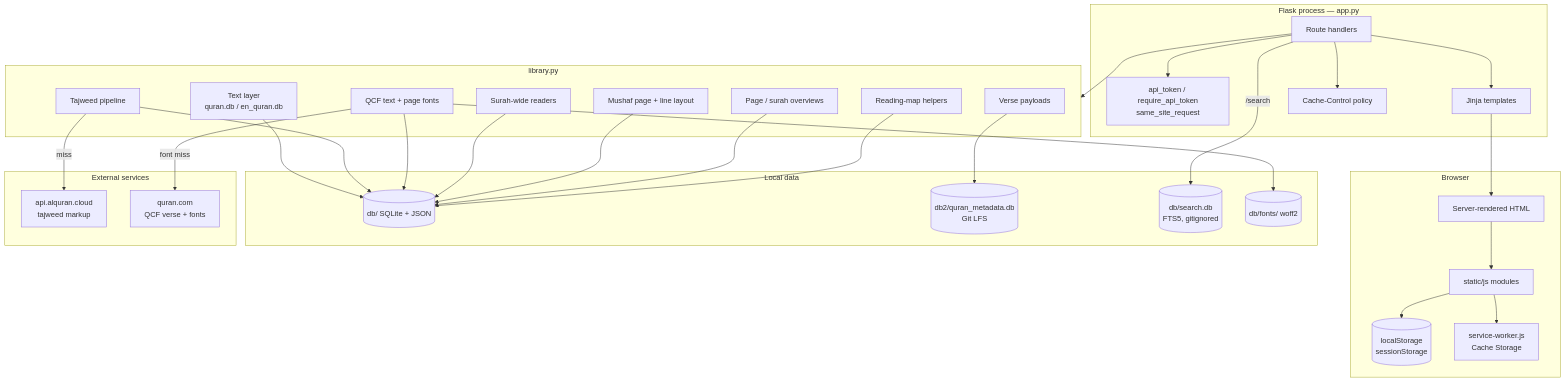
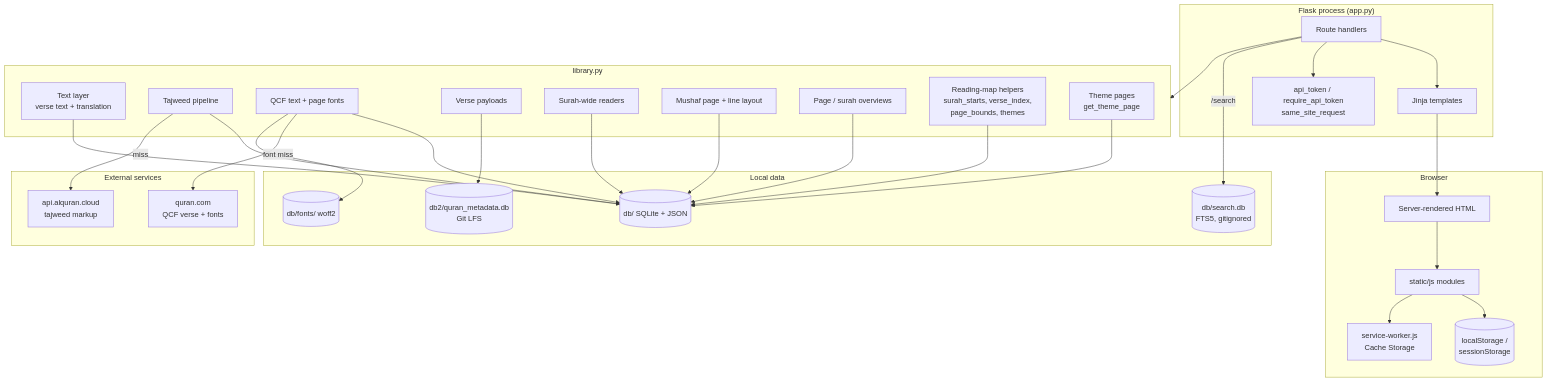
Before and after one commit to OnixHoque/aayatun: the first of 16 diagrams in ARCHITECTURE.md, drawn with Mermaid. The commit also changed other lines of this file, not shown here.

First line of the commit message:
Rewrite ARCHITECTURE.md as a modular operations manual

````diff
--- a/ARCHITECTURE.md
+++ b/ARCHITECTURE.md
@@ -32,60 +78,60 @@
 ```mermaid
 flowchart TB
     subgraph Browser["Browser"]
         Page["Server-rendered HTML"]
         Mods["static/js modules"]
-        Store[("localStorage<br/>sessionStorage")]
+        Store[("localStorage /<br/>sessionStorage")]
         SW["service-worker.js<br/>Cache Storage"]
     end
 
-    subgraph Flask["Flask process — app.py"]
+    subgraph Flask["Flask process (app.py)"]
         Routes["Route handlers"]
         Guard["api_token / require_api_token<br/>same_site_request"]
         Jinja["Jinja templates"]
-        Headers["Cache-Control policy"]
     end
 
     subgraph Lib["library.py"]
-        Text["Text layer<br/>quran.db / en_quran.db"]
+        Text["Text layer<br/>verse text + translation"]
         Taj["Tajweed pipeline"]
         Qcf["QCF text + page fonts"]
         Verse["Verse payloads"]
         Surah["Surah-wide readers"]
         Mushaf["Mushaf page + line layout"]
         Over["Page / surah overviews"]
-        Index["Reading-map helpers"]
+        MapH["Reading-map helpers<br/>surah_starts, verse_index,<br/>page_bounds, themes"]
+        Theme["Theme pages<br/>get_theme_page"]
     end
 
     subgraph Disk["Local data"]
         D1[("db/ SQLite + JSON")]
         D2[("db2/quran_metadata.db<br/>Git LFS")]
         D3[("db/search.db<br/>FTS5, gitignored")]
         Fonts[("db/fonts/ woff2")]
     end
 
     subgraph Remote["External services"]
         AQC["api.alquran.cloud<br/>tajweed markup"]
         QC["quran.com<br/>QCF verse + fonts"]
     end
 
     Page --> Mods
     Mods --> Store
     Mods --> SW
     Routes --> Lib
     Routes --> Jinja
     Routes --> Guard
-    Routes --> Headers
     Jinja --> Page
     Text --> D1
     Taj --> D1
     Taj -->|"miss"| AQC
     Qcf --> D1
     Qcf -->|"font miss"| QC
     Qcf --> Fonts
     Verse --> D2
     Surah --> D1
     Mushaf --> D1
     Over --> D1
-    Index --> D1
+    MapH --> D1
+    Theme --> D1
     Routes -->|"/search"| D3
 ```
````
